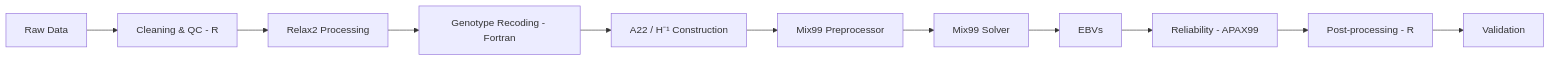
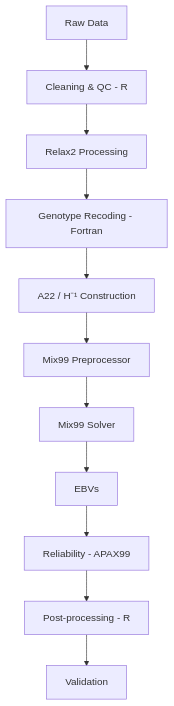
The diagram in README.md (estermt/Mix99-procedure-from-phenotypes-to-EBVs), drawn with Mermaid before and after one commit.

Commit message:
Change workflow diagram direction from LR to TD
update diagram

````diff
--- a/README.md
+++ b/README.md
@@ -25,13 +25,13 @@
 ```mermaid
-graph LR
+graph TD
 A[Raw Data] --> B[Cleaning & QC - R]
 B --> C[Relax2 Processing]
 C --> D[Genotype Recoding - Fortran]
 D --> E[A22 / H⁻¹ Construction]
 E --> F[Mix99 Preprocessor]
 F --> G[Mix99 Solver]
 G --> H[EBVs]
 H --> I[Reliability - APAX99]
 I --> J[Post-processing - R]
 J --> K[Validation]
 ```
````
